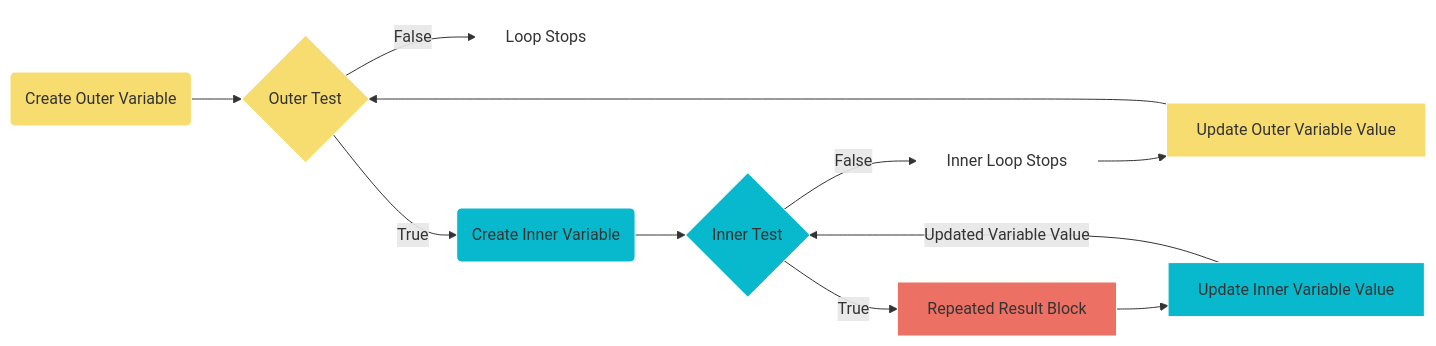
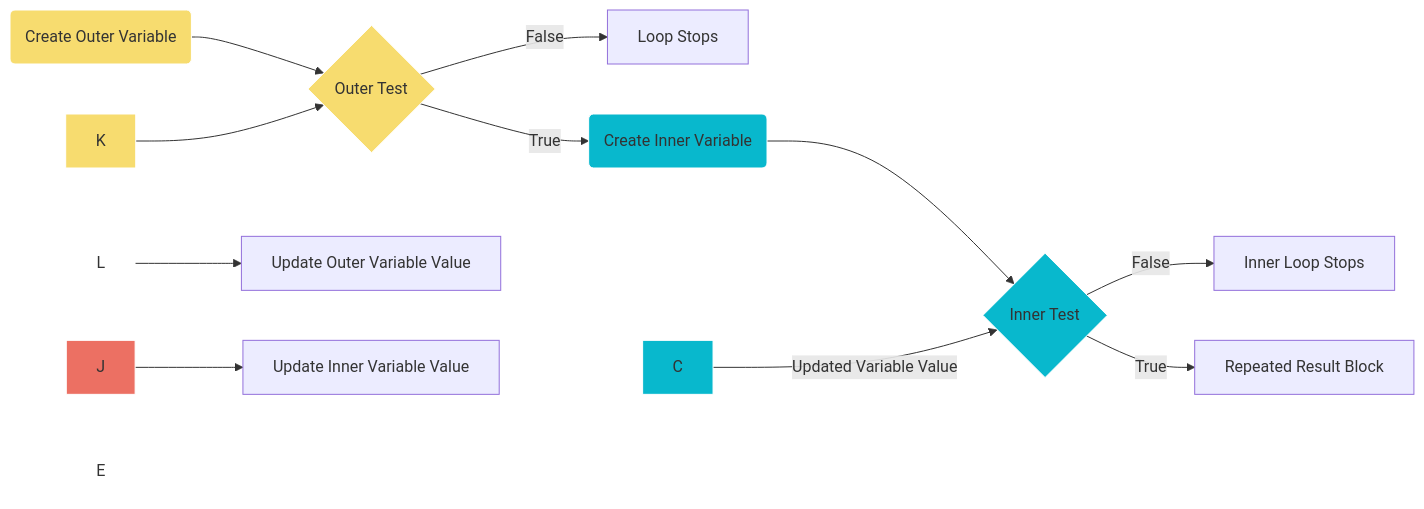
Before and after one commit to lsu-ddem/pathways-site: the second of 2 diagrams in content/1_IntroToCoding/2_MakingThings_Happen/3_Lesson_3/_index.md, drawn with Mermaid. The commit also changed other lines of this file, not shown here.

```diff
--- a/content/1_IntroToCoding/2_MakingThings_Happen/3_Lesson_3/_index.md
+++ b/content/1_IntroToCoding/2_MakingThings_Happen/3_Lesson_3/_index.md
@@ -77,27 +142,26 @@
 {{<mermaid align="center">}}
 graph LR
 H(Create Outer Variable)-->A
-A-->|False| E[Loop Stops]
+A-->|False| E\[Loop Stops]
 A{Outer Test} -->|True| M(Create Inner Variable)
 
-B{Inner Test}-->|False|L[Inner Loop Stops]
+B{Inner Test}-->|False|L\[Inner Loop Stops]
 M-->B
 
-L-->K[Update Outer Variable Value]
+L-->K\[Update Outer Variable Value]
 K-->A
-B-->|True|J[Repeated Result Block]
+B-->|True|J\[Repeated Result Block]
 
-
-J-->C[Update Inner Variable Value]
+J-->C\[Update Inner Variable Value]
 
 C-->|Updated Variable Value|B
 style A fill: #f7dc6f , stroke:#FFFFFF;
 style B fill: #08b8cd ,stroke:#FFFFFF;
 style K fill: #f7dc6f ,stroke:#FFFFFF;
 style C fill: #08b8cd ,stroke:#FFFFFF;
 style E fill: #FFFFFF, stroke:#FFFFFF;
 style L fill: #FFFFFF, stroke:#FFFFFF;
 style H fill: #f7dc6f ,stroke:#FFFFFF;
 style J fill:  #ec7063  ,stroke:#FFFFFF;
 style M fill: #08b8cd , stroke:#FFFFFF;
 {{< /mermaid >}}
```
